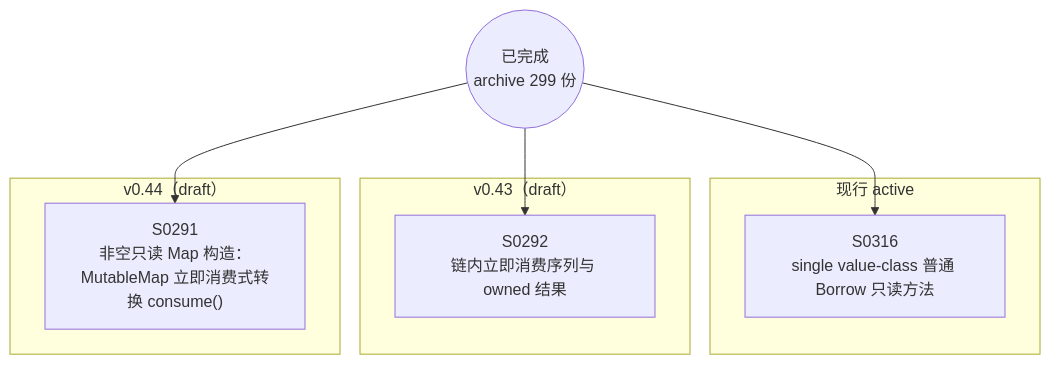
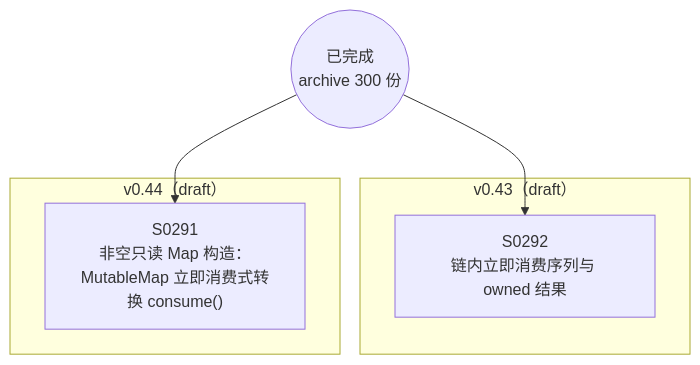
Before and after one commit to Halckon/Koven: the diagram in docs/specs/dependency-graph.md, drawn with Mermaid. The commit also changed other lines of this file and 10 other files, not shown here.

````diff
--- a/docs/specs/dependency-graph.md
+++ b/docs/specs/dependency-graph.md
@@ -9,16 +9,12 @@
 ```mermaid
 flowchart TD
-ARCH(("已完成<br/>archive 299 份"))
-subgraph Gactive["现行 active"]
-  S0316["S0316<br/>single value-class 普通 Borrow 只读方法"]
-end
+ARCH(("已完成<br/>archive 300 份"))
 subgraph Gdrafts_v043["v0.43（draft）"]
   S0292["S0292<br/>链内立即消费序列与 owned 结果"]
 end
 subgraph Gdrafts_v044["v0.44（draft）"]
   S0291["S0291<br/>非空只读 Map 构造：MutableMap 立即消费式转换 consume()"]
 end
 ARCH --> S0291
 ARCH --> S0292
-ARCH --> S0316
 ```
````
